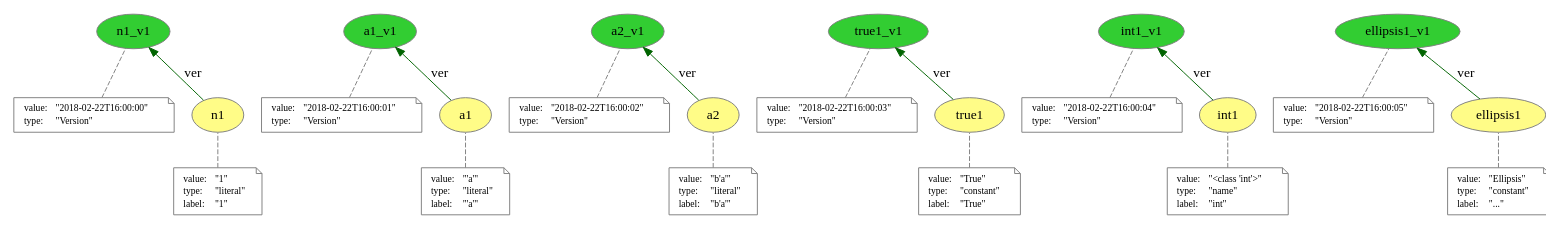
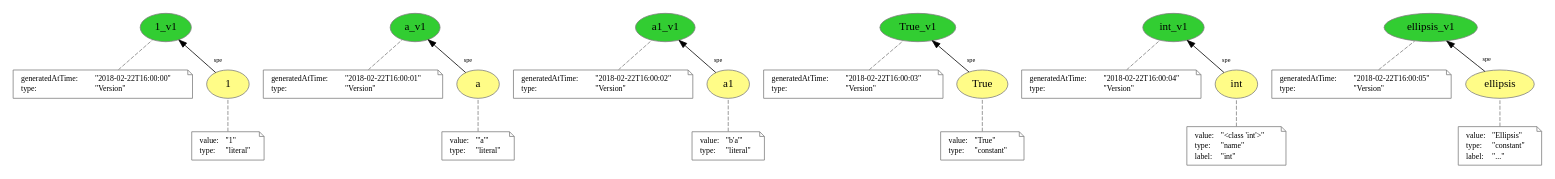
One commit to dew-uff/versioned-prov changed the diagram in explicit_versioned/names.dot. Above: the diagram before and after it, drawn with Graphviz. The commit also changed 53 other files, not shown here.

```diff
--- a/explicit_versioned/names.dot
+++ b/explicit_versioned/names.dot
@@ -1,176 +1,160 @@
 digraph "PROV" { size="16,12"; rankdir="BT";
-"http://example.org/n1" [fillcolor="#FFFC87",color="#808080",style="filled",label="n1",URL="http://example.org/n1"]
+"http://example.org/1" [fillcolor="#FFFC87",color="#808080",style="filled",label="1",URL="http://example.org/1"]
 "-attrs0" [color="gray",shape="note",fontsize="10",fontcolor="black",label=<<TABLE cellpadding="0" border="0">
 	<TR>
 	    <TD align="left">value:</TD>
 	    <TD align="left">&quot;1&quot;</TD>
 	</TR>
 	<TR>
 	    <TD align="left">type:</TD>
 	    <TD align="left">&quot;literal&quot;</TD>
 	</TR>
-	<TR>
-	    <TD align="left">label:</TD>
-	    <TD align="left">&quot;1&quot;</TD>
-	</TR>
 </TABLE>>]
-"-attrs0" -> "http://example.org/n1" [color="gray",style="dashed",arrowhead="none"]
-"http://example.org/n1_v1" [fillcolor="#32CD32",color="#808080",style="filled",label="n1_v1",URL="http://example.org/n1_v1"]
+"-attrs0" -> "http://example.org/1" [color="gray",style="dashed",arrowhead="none"]
+"http://example.org/1_v1" [fillcolor="#32CD32",color="#808080",style="filled",label="1_v1",URL="http://example.org/1_v1"]
 "-attrs1" [color="gray",shape="note",fontsize="10",fontcolor="black",label=<<TABLE cellpadding="0" border="0">
 	<TR>
-	    <TD align="left">value:</TD>
+	    <TD align="left">generatedAtTime:</TD>
 	    <TD align="left">&quot;2018-02-22T16:00:00&quot;</TD>
 	</TR>
 	<TR>
 	    <TD align="left">type:</TD>
 	    <TD align="left">&quot;Version&quot;</TD>
 	</TR>
 </TABLE>>]
-"-attrs1" -> "http://example.org/n1_v1" [color="gray",style="dashed",arrowhead="none"]
-"http://example.org/n1" -> "http://example.org/n1_v1" [labelfontsize="8",labeldistance="1.5",color="darkgreen",labelangle="60.0",rotation="20",label="ver"]
-"http://example.org/a1" [fillcolor="#FFFC87",color="#808080",style="filled",label="a1",URL="http://example.org/a1"]
+"-attrs1" -> "http://example.org/1_v1" [color="gray",style="dashed",arrowhead="none"]
+"http://example.org/1" -> "http://example.org/1_v1" [labelfontsize="8",labeldistance="1.5",labelangle="60.0",rotation="20",taillabel="spe"]
+"http://example.org/a" [fillcolor="#FFFC87",color="#808080",style="filled",label="a",URL="http://example.org/a"]
 "-attrs2" [color="gray",shape="note",fontsize="10",fontcolor="black",label=<<TABLE cellpadding="0" border="0">
 	<TR>
 	    <TD align="left">value:</TD>
 	    <TD align="left">&quot;&#x27;a&#x27;&quot;</TD>
 	</TR>
 	<TR>
 	    <TD align="left">type:</TD>
 	    <TD align="left">&quot;literal&quot;</TD>
 	</TR>
-	<TR>
-	    <TD align="left">label:</TD>
-	    <TD align="left">&quot;&#x27;a&#x27;&quot;</TD>
-	</TR>
 </TABLE>>]
-"-attrs2" -> "http://example.org/a1" [color="gray",style="dashed",arrowhead="none"]
-"http://example.org/a1_v1" [fillcolor="#32CD32",color="#808080",style="filled",label="a1_v1",URL="http://example.org/a1_v1"]
+"-attrs2" -> "http://example.org/a" [color="gray",style="dashed",arrowhead="none"]
+"http://example.org/a_v1" [fillcolor="#32CD32",color="#808080",style="filled",label="a_v1",URL="http://example.org/a_v1"]
 "-attrs3" [color="gray",shape="note",fontsize="10",fontcolor="black",label=<<TABLE cellpadding="0" border="0">
 	<TR>
-	    <TD align="left">value:</TD>
+	    <TD align="left">generatedAtTime:</TD>
 	    <TD align="left">&quot;2018-02-22T16:00:01&quot;</TD>
 	</TR>
 	<TR>
 	    <TD align="left">type:</TD>
 	    <TD align="left">&quot;Version&quot;</TD>
 	</TR>
 </TABLE>>]
-"-attrs3" -> "http://example.org/a1_v1" [color="gray",style="dashed",arrowhead="none"]
-"http://example.org/a1" -> "http://example.org/a1_v1" [labelfontsize="8",labeldistance="1.5",color="darkgreen",labelangle="60.0",rotation="20",label="ver"]
-"http://example.org/a2" [fillcolor="#FFFC87",color="#808080",style="filled",label="a2",URL="http://example.org/a2"]
+"-attrs3" -> "http://example.org/a_v1" [color="gray",style="dashed",arrowhead="none"]
+"http://example.org/a" -> "http://example.org/a_v1" [labelfontsize="8",labeldistance="1.5",labelangle="60.0",rotation="20",taillabel="spe"]
+"http://example.org/a1" [fillcolor="#FFFC87",color="#808080",style="filled",label="a1",URL="http://example.org/a1"]
 "-attrs4" [color="gray",shape="note",fontsize="10",fontcolor="black",label=<<TABLE cellpadding="0" border="0">
 	<TR>
 	    <TD align="left">value:</TD>
 	    <TD align="left">&quot;b&#x27;a&#x27;&quot;</TD>
 	</TR>
 	<TR>
 	    <TD align="left">type:</TD>
 	    <TD align="left">&quot;literal&quot;</TD>
 	</TR>
-	<TR>
-	    <TD align="left">label:</TD>
-	    <TD align="left">&quot;b&#x27;a&#x27;&quot;</TD>
-	</TR>
 </TABLE>>]
-"-attrs4" -> "http://example.org/a2" [color="gray",style="dashed",arrowhead="none"]
-"http://example.org/a2_v1" [fillcolor="#32CD32",color="#808080",style="filled",label="a2_v1",URL="http://example.org/a2_v1"]
+"-attrs4" -> "http://example.org/a1" [color="gray",style="dashed",arrowhead="none"]
+"http://example.org/a1_v1" [fillcolor="#32CD32",color="#808080",style="filled",label="a1_v1",URL="http://example.org/a1_v1"]
 "-attrs5" [color="gray",shape="note",fontsize="10",fontcolor="black",label=<<TABLE cellpadding="0" border="0">
 	<TR>
-	    <TD align="left">value:</TD>
+	    <TD align="left">generatedAtTime:</TD>
 	    <TD align="left">&quot;2018-02-22T16:00:02&quot;</TD>
 	</TR>
 	<TR>
 	    <TD align="left">type:</TD>
 	    <TD align="left">&quot;Version&quot;</TD>
 	</TR>
 </TABLE>>]
-"-attrs5" -> "http://example.org/a2_v1" [color="gray",style="dashed",arrowhead="none"]
-"http://example.org/a2" -> "http://example.org/a2_v1" [labelfontsize="8",labeldistance="1.5",color="darkgreen",labelangle="60.0",rotation="20",label="ver"]
-"http://example.org/true1" [fillcolor="#FFFC87",color="#808080",style="filled",label="true1",URL="http://example.org/true1"]
+"-attrs5" -> "http://example.org/a1_v1" [color="gray",style="dashed",arrowhead="none"]
+"http://example.org/a1" -> "http://example.org/a1_v1" [labelfontsize="8",labeldistance="1.5",labelangle="60.0",rotation="20",taillabel="spe"]
+"http://example.org/True" [fillcolor="#FFFC87",color="#808080",style="filled",label="True",URL="http://example.org/True"]
 "-attrs6" [color="gray",shape="note",fontsize="10",fontcolor="black",label=<<TABLE cellpadding="0" border="0">
 	<TR>
 	    <TD align="left">value:</TD>
 	    <TD align="left">&quot;True&quot;</TD>
 	</TR>
 	<TR>
 	    <TD align="left">type:</TD>
 	    <TD align="left">&quot;constant&quot;</TD>
 	</TR>
-	<TR>
-	    <TD align="left">label:</TD>
-	    <TD align="left">&quot;True&quot;</TD>
-	</TR>
 </TABLE>>]
-"-attrs6" -> "http://example.org/true1" [color="gray",style="dashed",arrowhead="none"]
-"http://example.org/true1_v1" [fillcolor="#32CD32",color="#808080",style="filled",label="true1_v1",URL="http://example.org/true1_v1"]
+"-attrs6" -> "http://example.org/True" [color="gray",style="dashed",arrowhead="none"]
+"http://example.org/True_v1" [fillcolor="#32CD32",color="#808080",style="filled",label="True_v1",URL="http://example.org/True_v1"]
 "-attrs7" [color="gray",shape="note",fontsize="10",fontcolor="black",label=<<TABLE cellpadding="0" border="0">
 	<TR>
-	    <TD align="left">value:</TD>
+	    <TD align="left">generatedAtTime:</TD>
 	    <TD align="left">&quot;2018-02-22T16:00:03&quot;</TD>
 	</TR>
 	<TR>
 	    <TD align="left">type:</TD>
 	    <TD align="left">&quot;Version&quot;</TD>
 	</TR>
 </TABLE>>]
-"-attrs7" -> "http://example.org/true1_v1" [color="gray",style="dashed",arrowhead="none"]
-"http://example.org/true1" -> "http://example.org/true1_v1" [labelfontsize="8",labeldistance="1.5",color="darkgreen",labelangle="60.0",rotation="20",label="ver"]
-"http://example.org/int1" [fillcolor="#FFFC87",color="#808080",style="filled",label="int1",URL="http://example.org/int1"]
+"-attrs7" -> "http://example.org/True_v1" [color="gray",style="dashed",arrowhead="none"]
+"http://example.org/True" -> "http://example.org/True_v1" [labelfontsize="8",labeldistance="1.5",labelangle="60.0",rotation="20",taillabel="spe"]
+"http://example.org/int" [fillcolor="#FFFC87",color="#808080",style="filled",label="int",URL="http://example.org/int"]
 "-attrs8" [color="gray",shape="note",fontsize="10",fontcolor="black",label=<<TABLE cellpadding="0" border="0">
 	<TR>
 	    <TD align="left">value:</TD>
 	    <TD align="left">&quot;&lt;class &#x27;int&#x27;&gt;&quot;</TD>
 	</TR>
 	<TR>
 	    <TD align="left">type:</TD>
 	    <TD align="left">&quot;name&quot;</TD>
 	</TR>
 	<TR>
 	    <TD align="left">label:</TD>
 	    <TD align="left">&quot;int&quot;</TD>
 	</TR>
 </TABLE>>]
-"-attrs8" -> "http://example.org/int1" [color="gray",style="dashed",arrowhead="none"]
-"http://example.org/int1_v1" [fillcolor="#32CD32",color="#808080",style="filled",label="int1_v1",URL="http://example.org/int1_v1"]
+"-attrs8" -> "http://example.org/int" [color="gray",style="dashed",arrowhead="none"]
+"http://example.org/int_v1" [fillcolor="#32CD32",color="#808080",style="filled",label="int_v1",URL="http://example.org/int_v1"]
 "-attrs9" [color="gray",shape="note",fontsize="10",fontcolor="black",label=<<TABLE cellpadding="0" border="0">
 	<TR>
-	    <TD align="left">value:</TD>
+	    <TD align="left">generatedAtTime:</TD>
 	    <TD align="left">&quot;2018-02-22T16:00:04&quot;</TD>
 	</TR>
 	<TR>
 	    <TD align="left">type:</TD>
 	    <TD align="left">&quot;Version&quot;</TD>
 	</TR>
 </TABLE>>]
-"-attrs9" -> "http://example.org/int1_v1" [color="gray",style="dashed",arrowhead="none"]
-"http://example.org/int1" -> "http://example.org/int1_v1" [labelfontsize="8",labeldistance="1.5",color="darkgreen",labelangle="60.0",rotation="20",label="ver"]
-"http://example.org/ellipsis1" [fillcolor="#FFFC87",color="#808080",style="filled",label="ellipsis1",URL="http://example.org/ellipsis1"]
+"-attrs9" -> "http://example.org/int_v1" [color="gray",style="dashed",arrowhead="none"]
+"http://example.org/int" -> "http://example.org/int_v1" [labelfontsize="8",labeldistance="1.5",labelangle="60.0",rotation="20",taillabel="spe"]
+"http://example.org/ellipsis" [fillcolor="#FFFC87",color="#808080",style="filled",label="ellipsis",URL="http://example.org/ellipsis"]
 "-attrs10" [color="gray",shape="note",fontsize="10",fontcolor="black",label=<<TABLE cellpadding="0" border="0">
 	<TR>
 	    <TD align="left">value:</TD>
 	    <TD align="left">&quot;Ellipsis&quot;</TD>
 	</TR>
 	<TR>
 	    <TD align="left">type:</TD>
 	    <TD align="left">&quot;constant&quot;</TD>
 	</TR>
 	<TR>
 	    <TD align="left">label:</TD>
 	    <TD align="left">&quot;...&quot;</TD>
 	</TR>
 </TABLE>>]
-"-attrs10" -> "http://example.org/ellipsis1" [color="gray",style="dashed",arrowhead="none"]
-"http://example.org/ellipsis1_v1" [fillcolor="#32CD32",color="#808080",style="filled",label="ellipsis1_v1",URL="http://example.org/ellipsis1_v1"]
+"-attrs10" -> "http://example.org/ellipsis" [color="gray",style="dashed",arrowhead="none"]
+"http://example.org/ellipsis_v1" [fillcolor="#32CD32",color="#808080",style="filled",label="ellipsis_v1",URL="http://example.org/ellipsis_v1"]
 "-attrs11" [color="gray",shape="note",fontsize="10",fontcolor="black",label=<<TABLE cellpadding="0" border="0">
 	<TR>
-	    <TD align="left">value:</TD>
+	    <TD align="left">generatedAtTime:</TD>
 	    <TD align="left">&quot;2018-02-22T16:00:05&quot;</TD>
 	</TR>
 	<TR>
 	    <TD align="left">type:</TD>
 	    <TD align="left">&quot;Version&quot;</TD>
 	</TR>
 </TABLE>>]
-"-attrs11" -> "http://example.org/ellipsis1_v1" [color="gray",style="dashed",arrowhead="none"]
-"http://example.org/ellipsis1" -> "http://example.org/ellipsis1_v1" [labelfontsize="8",labeldistance="1.5",color="darkgreen",labelangle="60.0",rotation="20",label="ver"]
+"-attrs11" -> "http://example.org/ellipsis_v1" [color="gray",style="dashed",arrowhead="none"]
+"http://example.org/ellipsis" -> "http://example.org/ellipsis_v1" [labelfontsize="8",labeldistance="1.5",labelangle="60.0",rotation="20",taillabel="spe"]
 }
```
